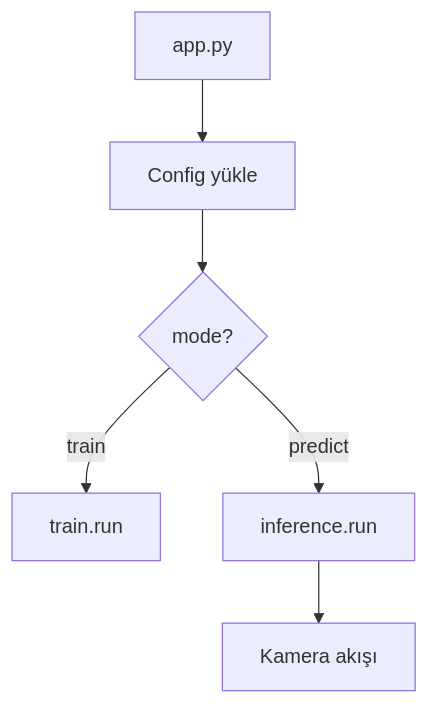
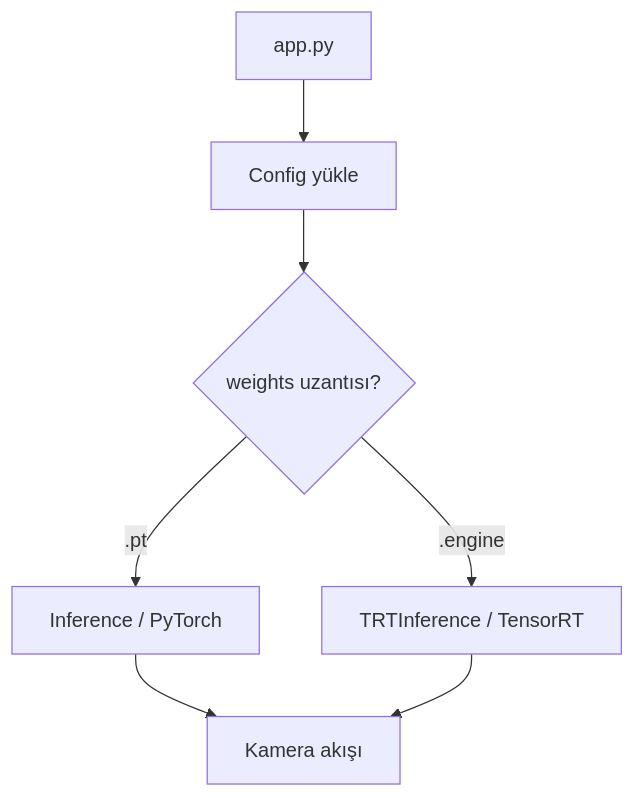
One commit to ekkarakaya3355-glitch/yongatek-yolo-pipeline changed the diagram in README.md. Above: the diagram before and after it, drawn with Mermaid. The commit also changed other lines of this file, not shown here.

Commit message:
Update README with TensorRT workflow and benchmark results

````diff
--- a/README.md
+++ b/README.md
@@ -62,8 +132,9 @@
 ```mermaid
 graph TD;
   A[app.py] --> B[Config yükle];
-  B --> C{mode?};
-  C -->|train| D[train.run];
-  C -->|predict| E[inference.run];
-  E --> F[Kamera akışı];
+  B --> C{weights uzantısı?};
+  C -->|.pt| D[Inference / PyTorch];
+  C -->|.engine| E[TRTInference / TensorRT];
+  D --> F[Kamera akışı];
+  E --> F;
 ```
````
